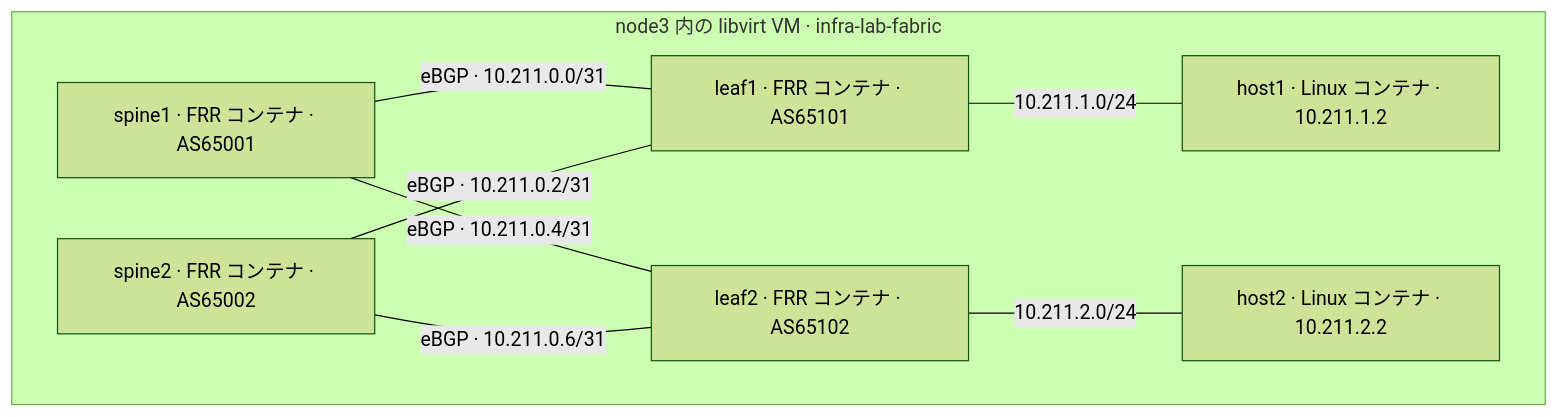
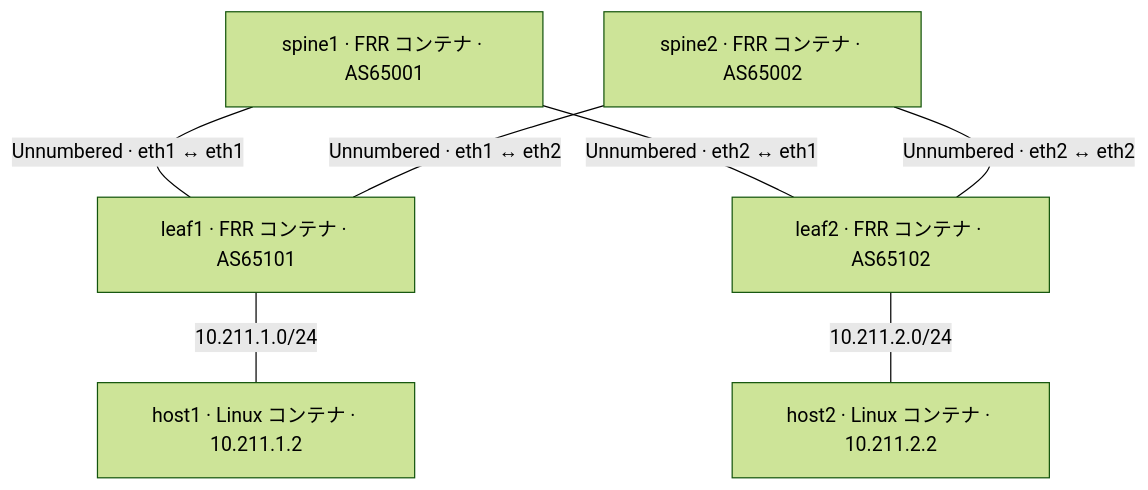
Before and after one commit to sugaf1204/infra-lab: the diagram in full-l3-ip-clos/README.md, drawn with Mermaid (forest theme). The commit also changed other lines of this file and 19 other files, not shown here.

Commit message:
Use interface-only BGP unnumbered throughout the lab

````diff
--- a/full-l3-ip-clos/README.md
+++ b/full-l3-ip-clos/README.md
@@ -7,17 +7,15 @@
 ```mermaid
 flowchart TB
-    subgraph FABRIC["node3 内の libvirt VM · infra-lab-fabric"]
-        S1["spine1 · FRR コンテナ · AS65001"]
-        S2["spine2 · FRR コンテナ · AS65002"]
-        L1["leaf1 · FRR コンテナ · AS65101"]
-        L2["leaf2 · FRR コンテナ · AS65102"]
-        H1["host1 · Linux コンテナ · 10.211.1.2"]
-        H2["host2 · Linux コンテナ · 10.211.2.2"]
-        S1 ---|"eBGP · 10.211.0.0/31"| L1
-        S2 ---|"eBGP · 10.211.0.2/31"| L1
-        S1 ---|"eBGP · 10.211.0.4/31"| L2
-        S2 ---|"eBGP · 10.211.0.6/31"| L2
-        L1 ---|"10.211.1.0/24"| H1
-        L2 ---|"10.211.2.0/24"| H2
-    end
+    S1["spine1 · FRR コンテナ · AS65001"]
+    S2["spine2 · FRR コンテナ · AS65002"]
+    L1["leaf1 · FRR コンテナ · AS65101"]
+    L2["leaf2 · FRR コンテナ · AS65102"]
+    H1["host1 · Linux コンテナ · 10.211.1.2"]
+    H2["host2 · Linux コンテナ · 10.211.2.2"]
+    S1 ---|"Unnumbered · eth1 ↔ eth1"| L1
+    S2 ---|"Unnumbered · eth1 ↔ eth2"| L1
+    S1 ---|"Unnumbered · eth2 ↔ eth1"| L2
+    S2 ---|"Unnumbered · eth2 ↔ eth2"| L2
+    L1 ---|"10.211.1.0/24"| H1
+    L2 ---|"10.211.2.0/24"| H2
 ```
````
